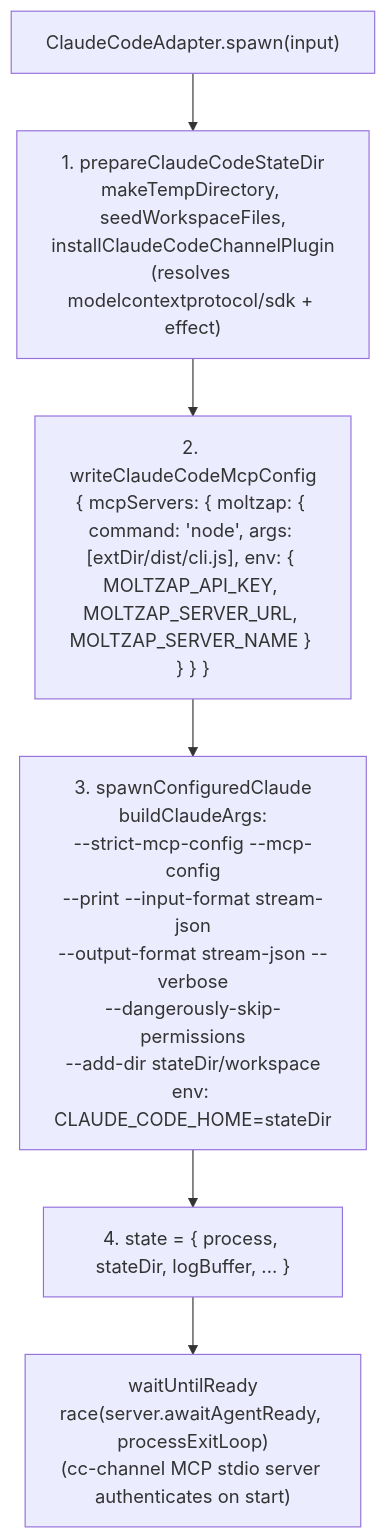
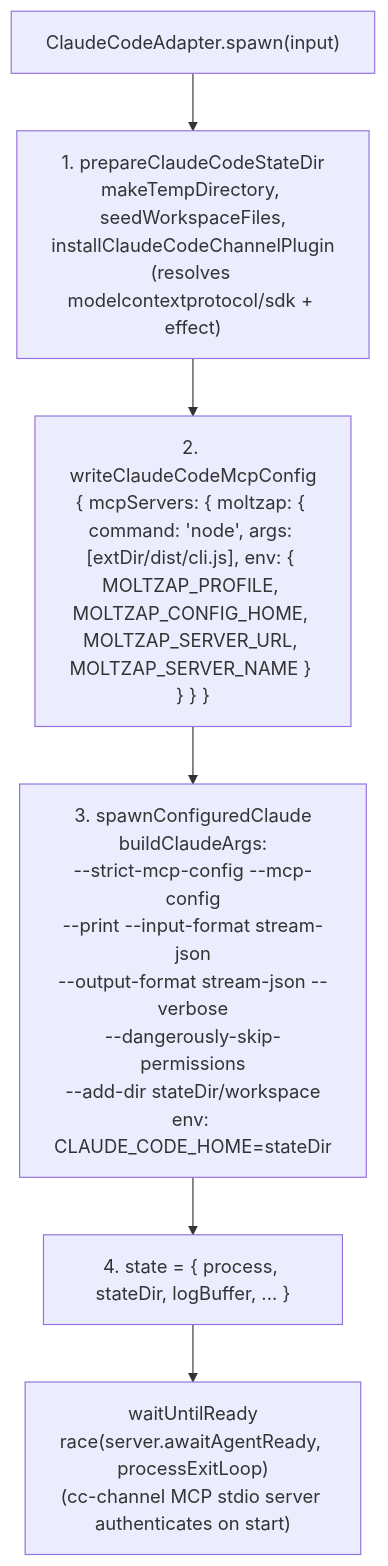
Before and after one commit to chughtapan/moltzap: the first of 8 diagrams in docs/modules/runtimes/src.mdx, drawn with Mermaid. The commit also changed other lines of this file and 527 other files, not shown here.

````diff
--- a/docs/modules/runtimes/src.mdx
+++ b/docs/modules/runtimes/src.mdx
@@ -191,10 +175,10 @@
 ```mermaid
 flowchart TD
   CCS["ClaudeCodeAdapter.spawn(input)"]
   CC1["1. prepareClaudeCodeStateDir<br>makeTempDirectory, seedWorkspaceFiles,<br>installClaudeCodeChannelPlugin<br>(resolves modelcontextprotocol/sdk + effect)"]
-  CC2["2. writeClaudeCodeMcpConfig<br>{ mcpServers: { moltzap: { command: 'node', args: [extDir/dist/cli.js], env: { MOLTZAP_API_KEY, MOLTZAP_SERVER_URL, MOLTZAP_SERVER_NAME } } } }"]
+  CC2["2. writeClaudeCodeMcpConfig<br>{ mcpServers: { moltzap: { command: 'node', args: [extDir/dist/cli.js], env: { MOLTZAP_PROFILE, MOLTZAP_CONFIG_HOME, MOLTZAP_SERVER_URL, MOLTZAP_SERVER_NAME } } } }"]
   CC3["3. spawnConfiguredClaude<br>buildClaudeArgs:<br>--strict-mcp-config --mcp-config<br>--print --input-format stream-json<br>--output-format stream-json --verbose<br>--dangerously-skip-permissions<br>--add-dir stateDir/workspace<br>env: CLAUDE_CODE_HOME=stateDir"]
   CC4["4. state = { process, stateDir, logBuffer, ... }"]
   CCR["waitUntilReady<br>race(server.awaitAgentReady, processExitLoop)<br>(cc-channel MCP stdio server authenticates on start)"]
   CCS --> CC1 --> CC2 --> CC3 --> CC4 --> CCR
 ```
````
